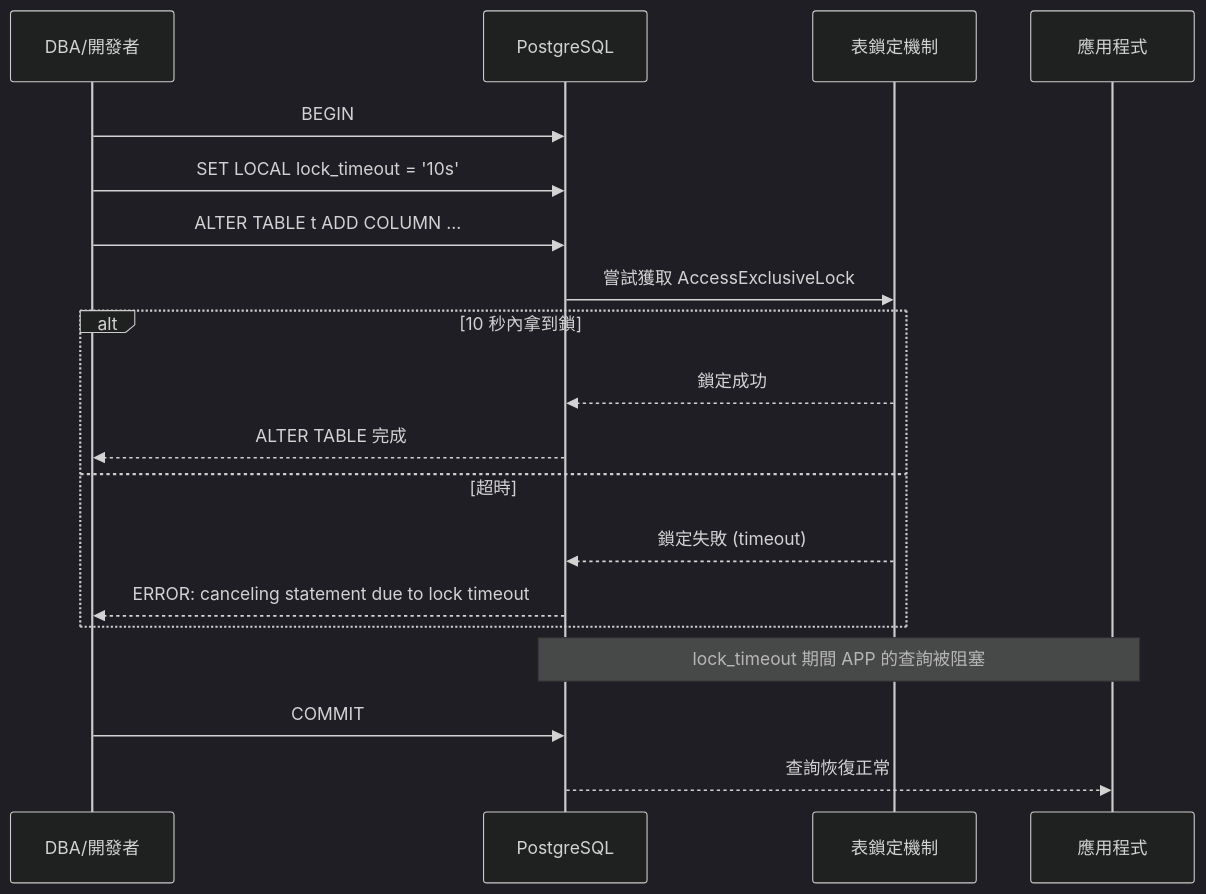
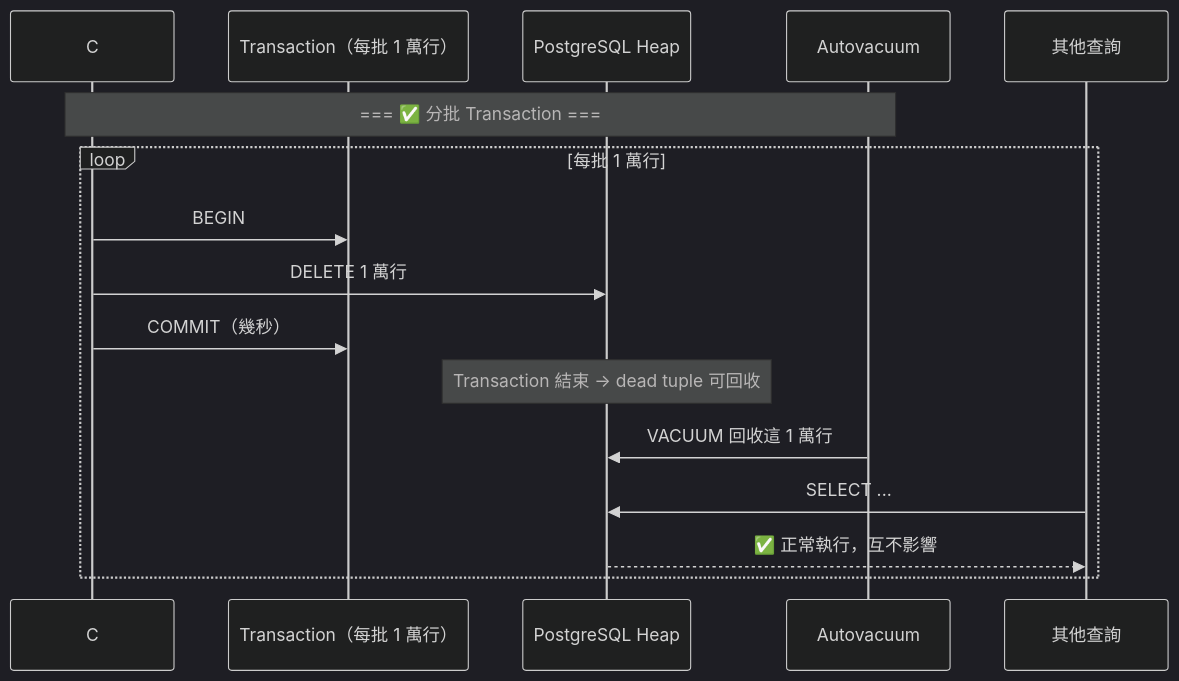
Before and after one commit to henry-tpwong/postgresql_note: the ninth of 40 diagrams in others/PostgreSQL_Others.md, drawn with Mermaid (dark theme). The commit also changed other lines of this file, not shown here.

First line of the commit message:
docs(others): 深度重構 PostgreSQL 開發規範，注入 App Dev 實戰視角

````diff
--- a/others/PostgreSQL_Others.md
+++ b/others/PostgreSQL_Others.md
@@ -297,24 +987,19 @@
 ```mermaid
 sequenceDiagram
-    participant DBA as DBA/開發者
-    participant PG as PostgreSQL
-    participant LOCK as 表鎖定機制
-    participant APP as 應用程式
+    participant App as C# 應用
+    participant TX as Transaction（每批 1 萬行）
+    participant PG as PostgreSQL Heap
+    participant VAC as Autovacuum
+    participant Other as 其他查詢
 
-    DBA->>PG: BEGIN;
-    DBA->>PG: SET LOCAL lock_timeout = '10s';
-    DBA->>PG: ALTER TABLE t ADD COLUMN ...;
-    PG->>LOCK: 嘗試獲取 AccessExclusiveLock
-    
-    alt 10 秒內拿到鎖
-        LOCK-->>PG: 鎖定成功
-        PG-->>DBA: ALTER TABLE 完成
-    else 超時
-        LOCK-->>PG: 鎖定失敗 (timeout)
-        PG-->>DBA: ERROR: canceling statement due to lock timeout
+    Note over App,VAC: === ✅ 分批 Transaction ===
+    loop 每批 1 萬行
+        App->>TX: BEGIN
+        App->>PG: DELETE 1 萬行
+        App->>TX: COMMIT（幾秒）
+        Note over PG: Transaction 結束 → dead tuple 可回收
+        VAC->>PG: VACUUM 回收這 1 萬行
+        Other->>PG: SELECT ...
+        PG-->>Other: ✅ 正常執行，互不影響
     end
-    
-    Note over PG,APP: lock_timeout 期間 APP 的查詢被阻塞
-    DBA->>PG: COMMIT;
-    PG-->>APP: 查詢恢復正常
 ```
````
